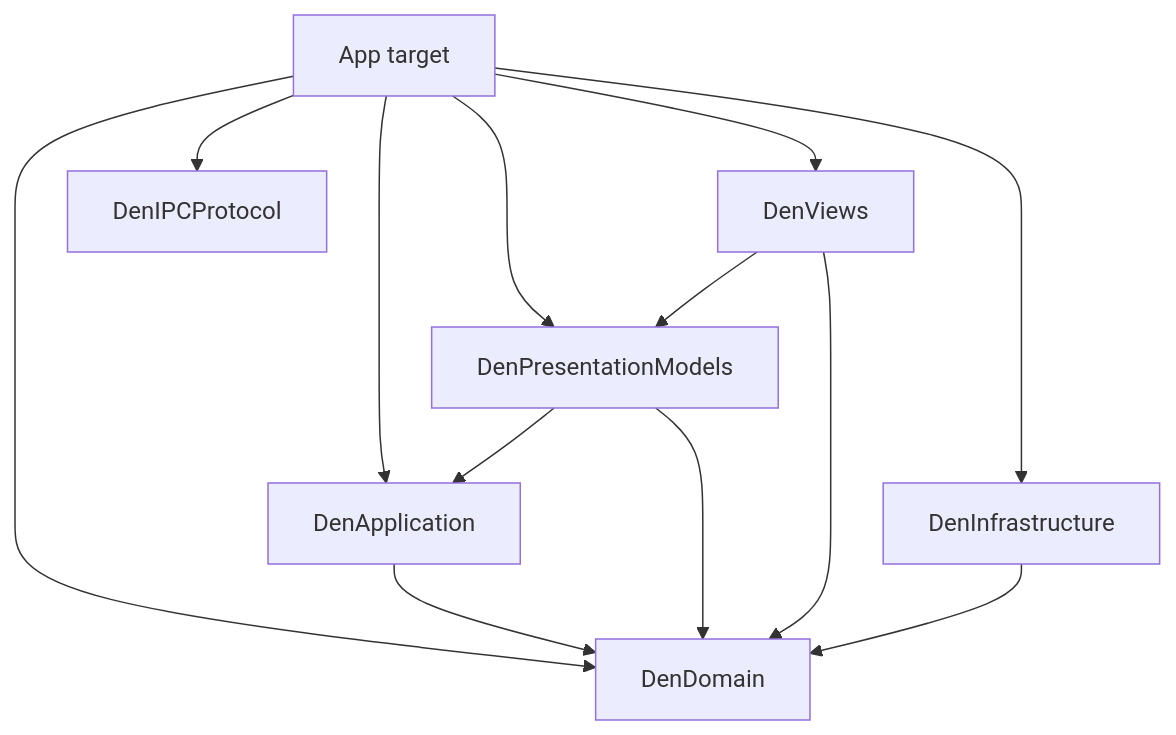
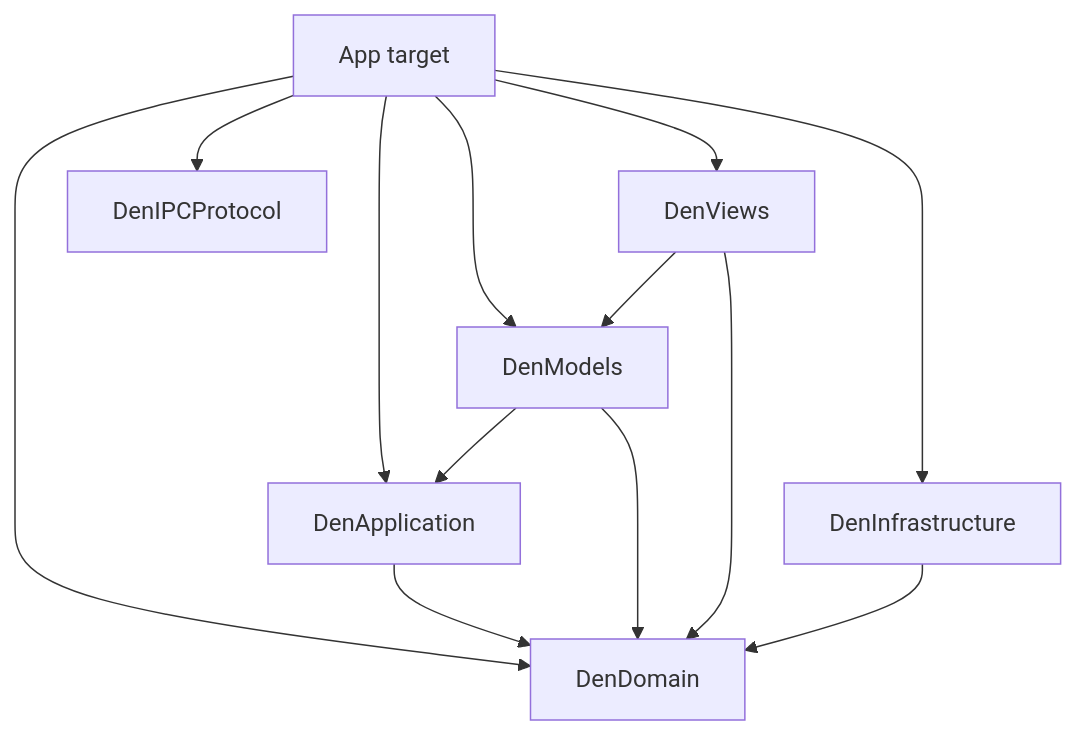
One commit to nekonata-team/den-browser changed the diagram in docs/architecture.md. Above: the diagram before and after it, drawn with Mermaid. The commit also changed other lines of this file and 221 other files, not shown here.

````diff
--- a/docs/architecture.md
+++ b/docs/architecture.md
@@ -14,15 +14,15 @@
 ```mermaid
 flowchart TD
     App[App target] --> DenApplication
-    App --> DenPresentationModels
+    App --> DenModels
     App --> DenViews
     App --> DenInfrastructure
     App --> DenDomain
     App --> DenIPCProtocol
     DenApplication --> DenDomain
-    DenPresentationModels --> DenDomain
-    DenPresentationModels --> DenApplication
-    DenViews --> DenPresentationModels
+    DenModels --> DenDomain
+    DenModels --> DenApplication
+    DenViews --> DenModels
     DenViews --> DenDomain
     DenInfrastructure --> DenDomain
 ```
````
